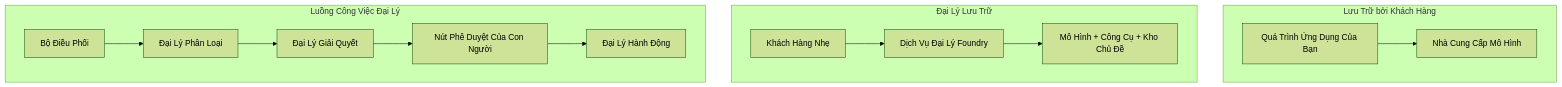
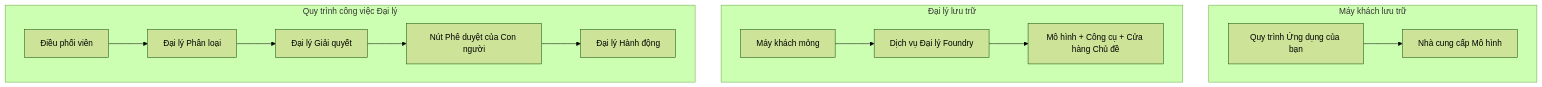
The first of 4 diagrams in translations/vi/16-deploying-scalable-agents/README.md (microsoft/ai-agents-for-beginners), drawn with Mermaid (forest theme) before and after one commit. The commit also changed other lines of this file and 47 other files, not shown here.

````diff
--- a/translations/vi/16-deploying-scalable-agents/README.md
+++ b/translations/vi/16-deploying-scalable-agents/README.md
@@ -87,16 +87,16 @@
 ```mermaid
 flowchart TB
-    subgraph P1[Lưu Trữ bởi Khách Hàng]
-        A1[Quá Trình Ứng Dụng Của Bạn] --> M1[Nhà Cung Cấp Mô Hình]
+    subgraph P1[Máy khách lưu trữ]
+        A1[Quy trình Ứng dụng của bạn] --> M1[Nhà cung cấp Mô hình]
     end
-    subgraph P2[Đại Lý Lưu Trữ]
-        A2[Khách Hàng Nhẹ] --> F2[Dịch Vụ Đại Lý Foundry]
-        F2 --> M2[Mô Hình + Công Cụ + Kho Chủ Đề]
+    subgraph P2[Đại lý lưu trữ]
+        A2[Máy khách mỏng] --> F2[Dịch vụ Đại lý Foundry]
+        F2 --> M2[Mô hình + Công cụ + Cửa hàng Chủ đề]
     end
-    subgraph P3[Luồng Công Việc Đại Lý]
-        A3[Bộ Điều Phối] --> S1[Đại Lý Phân Loại]
-        S1 --> S2[Đại Lý Giải Quyết]
-        S2 --> H[Nút Phê Duyệt Của Con Người]
-        H --> S3[Đại Lý Hành Động]
+    subgraph P3[Quy trình công việc Đại lý]
+        A3[Điều phối viên] --> S1[Đại lý Phân loại]
+        S1 --> S2[Đại lý Giải quyết]
+        S2 --> H[Nút Phê duyệt của Con người]
+        H --> S3[Đại lý Hành động]
     end
 ```
````
